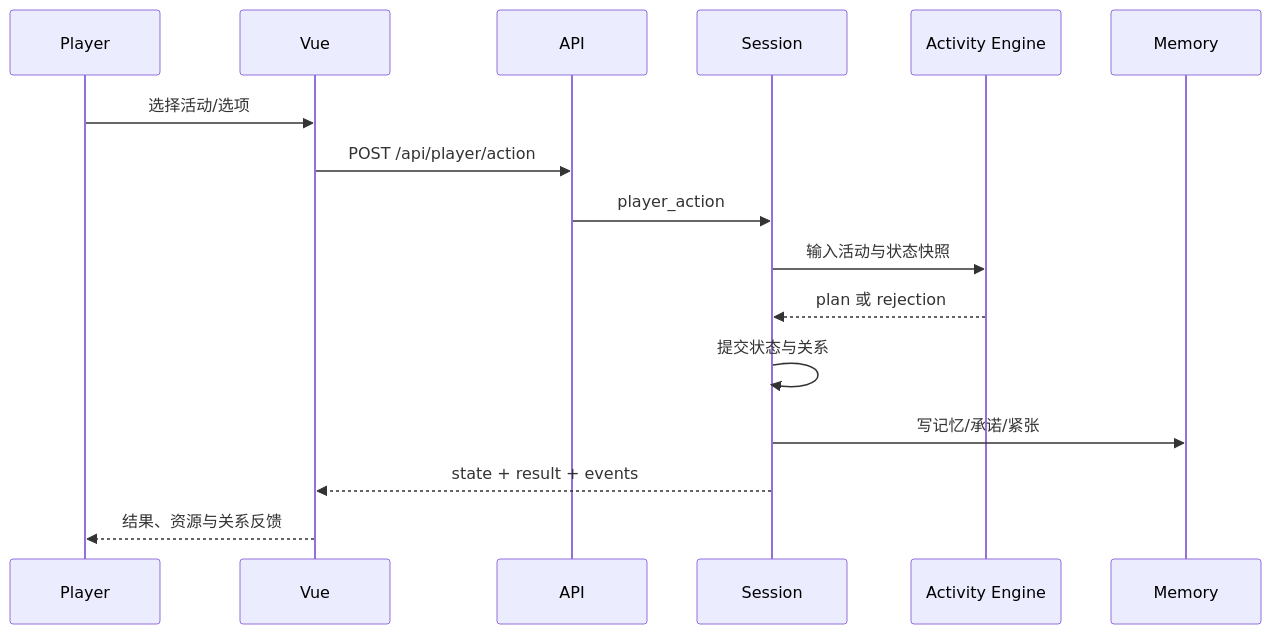
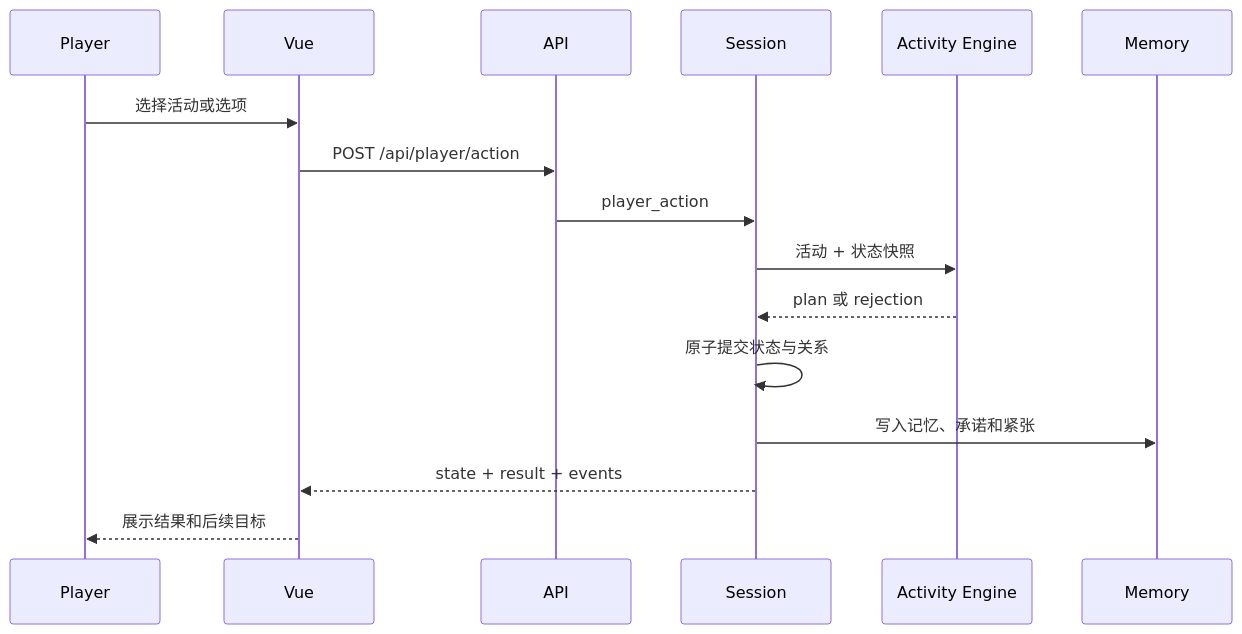
Before and after one commit to usefultool39/UW: the second of 2 diagrams in docs/architecture/SYSTEM_OVERVIEW.md, drawn with Mermaid. The commit also changed other lines of this file and 143 other files, not shown here.

````diff
--- a/docs/architecture/SYSTEM_OVERVIEW.md
+++ b/docs/architecture/SYSTEM_OVERVIEW.md
@@ -56,18 +57,18 @@
 ```mermaid
 sequenceDiagram
   participant P as Player
   participant V as Vue
   participant A as API
   participant S as Session
   participant E as Activity Engine
   participant M as Memory
-  P->>V: 选择活动/选项
+  P->>V: 选择活动或选项
   V->>A: POST /api/player/action
   A->>S: player_action
-  S->>E: 输入活动与状态快照
+  S->>E: 活动 + 状态快照
   E-->>S: plan 或 rejection
-  S->>S: 提交状态与关系
-  S->>M: 写记忆/承诺/紧张
+  S->>S: 原子提交状态与关系
+  S->>M: 写入记忆、承诺和紧张
   S-->>V: state + result + events
-  V-->>P: 结果、资源与关系反馈
+  V-->>P: 展示结果和后续目标
 ```
````
